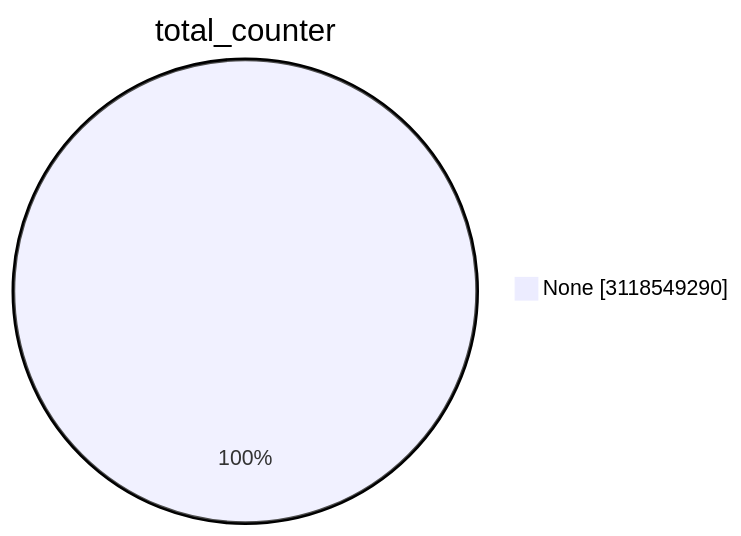
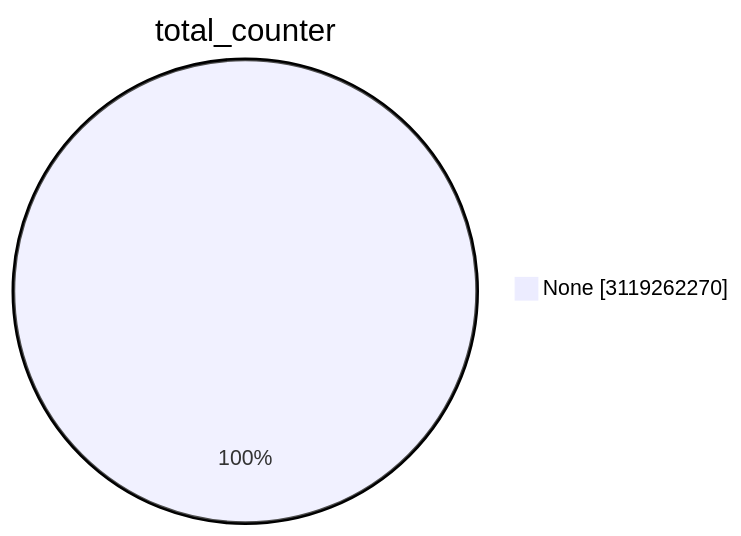
Before and after one commit to christiankrug/ctmonitor_visualization: the first of 15 diagrams in TOTAL/README.md, drawn with Mermaid. The commit also changed other lines of this file, not shown here.

````diff
--- a/TOTAL/README.md
+++ b/TOTAL/README.md
@@ -1,5 +1,5 @@
 ```mermaid
 pie showData
 title total_counter
-"None" :3118549290
+"None" :3119262270
 ```
````
